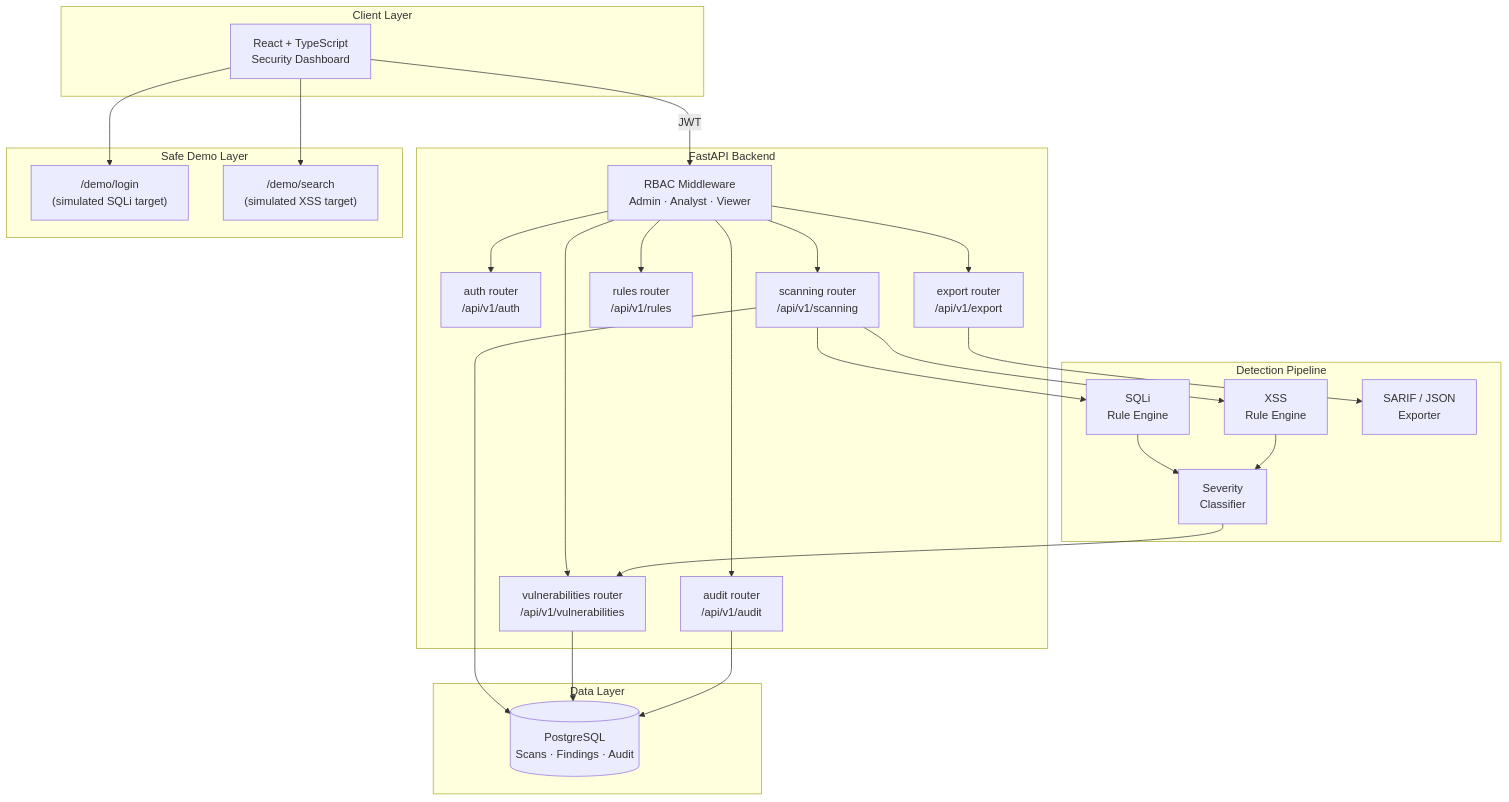
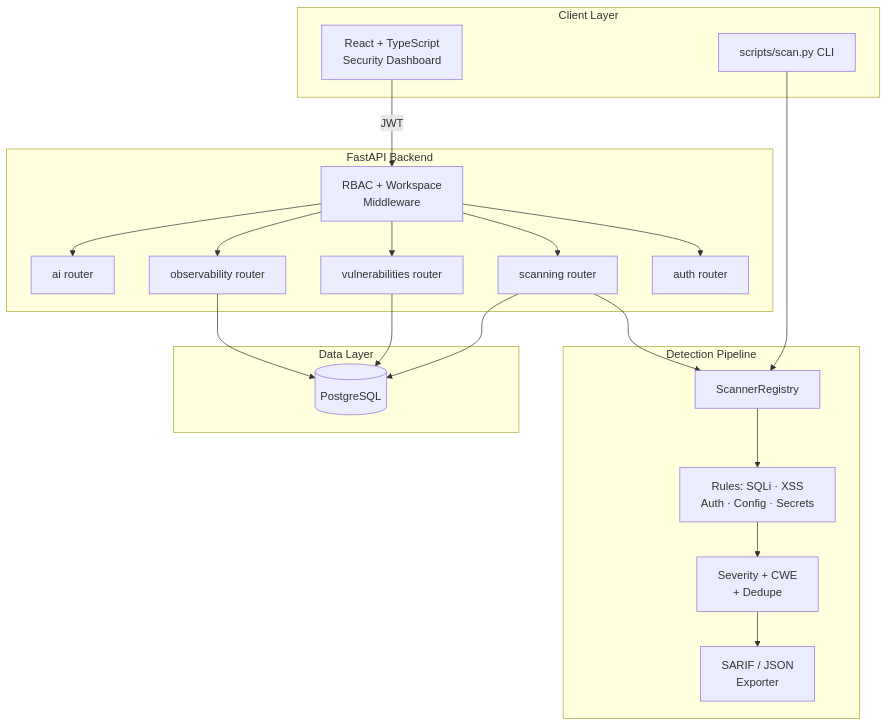
Before and after one commit to RyanJBush/aegis-ai: the diagram in README.md, drawn with Mermaid. The commit also changed other lines of this file and 13 other files, not shown here.

````diff
--- a/README.md
+++ b/README.md
@@ -32,41 +107,35 @@
 ```mermaid
 flowchart TD
     subgraph Client["Client Layer"]
-        UI["React + TypeScript\nSecurity Dashboard"]
+        UI["React + TypeScript<br/>Security Dashboard"]
+        CLI["scripts/scan.py CLI"]
     end
 
     subgraph API["FastAPI Backend"]
-        R_AUTH["auth router\n/api/v1/auth"]
-        R_SCAN["scanning router\n/api/v1/scanning"]
-        R_VULN["vulnerabilities router\n/api/v1/vulnerabilities"]
-        R_RULES["rules router\n/api/v1/rules"]
-        R_AUDIT["audit router\n/api/v1/audit"]
-        R_EXPORT["export router\n/api/v1/export"]
-        RBAC["RBAC Middleware\nAdmin · Analyst · Viewer"]
+        R_AUTH["auth router"]
+        R_SCAN["scanning router"]
+        R_VULN["vulnerabilities router"]
+        R_OBS["observability router"]
+        R_AI["ai router"]
+        RBAC["RBAC + Workspace<br/>Middleware"]
     end
 
     subgraph Scan["Detection Pipeline"]
-        SQLI["SQLi\nRule Engine"]
-        XSS["XSS\nRule Engine"]
-        CLASS["Severity\nClassifier"]
-        SARIF["SARIF / JSON\nExporter"]
-    end
-
-    subgraph Demo["Safe Demo Layer"]
-        VULN_LOGIN["/demo/login\n(simulated SQLi target)"]
-        VULN_SEARCH["/demo/search\n(simulated XSS target)"]
+        REG["ScannerRegistry"]
+        RULES["Rules: SQLi · XSS<br/>Auth · Config · Secrets"]
+        CLASS["Severity + CWE<br/>+ Dedupe"]
+        EXPORT["SARIF / JSON<br/>Exporter"]
     end
 
     subgraph Data["Data Layer"]
-        PG[("PostgreSQL\nScans · Findings · Audit")]
+        PG[("PostgreSQL")]
     end
 
-    UI -->|"JWT"| RBAC
-    RBAC --> R_AUTH & R_SCAN & R_VULN & R_RULES & R_AUDIT & R_EXPORT
-    R_SCAN --> SQLI & XSS
-    SQLI & XSS --> CLASS
-    CLASS --> R_VULN
-    R_EXPORT --> SARIF
-    R_SCAN & R_VULN & R_AUDIT --> PG
-    UI --> VULN_LOGIN & VULN_SEARCH
+    UI -->|JWT| RBAC
+    RBAC --> R_AUTH & R_SCAN & R_VULN & R_OBS & R_AI
+    R_SCAN --> REG
+    REG --> RULES --> CLASS
+    CLASS --> EXPORT
+    R_SCAN & R_VULN & R_OBS --> PG
+    CLI --> REG
 ```
````
